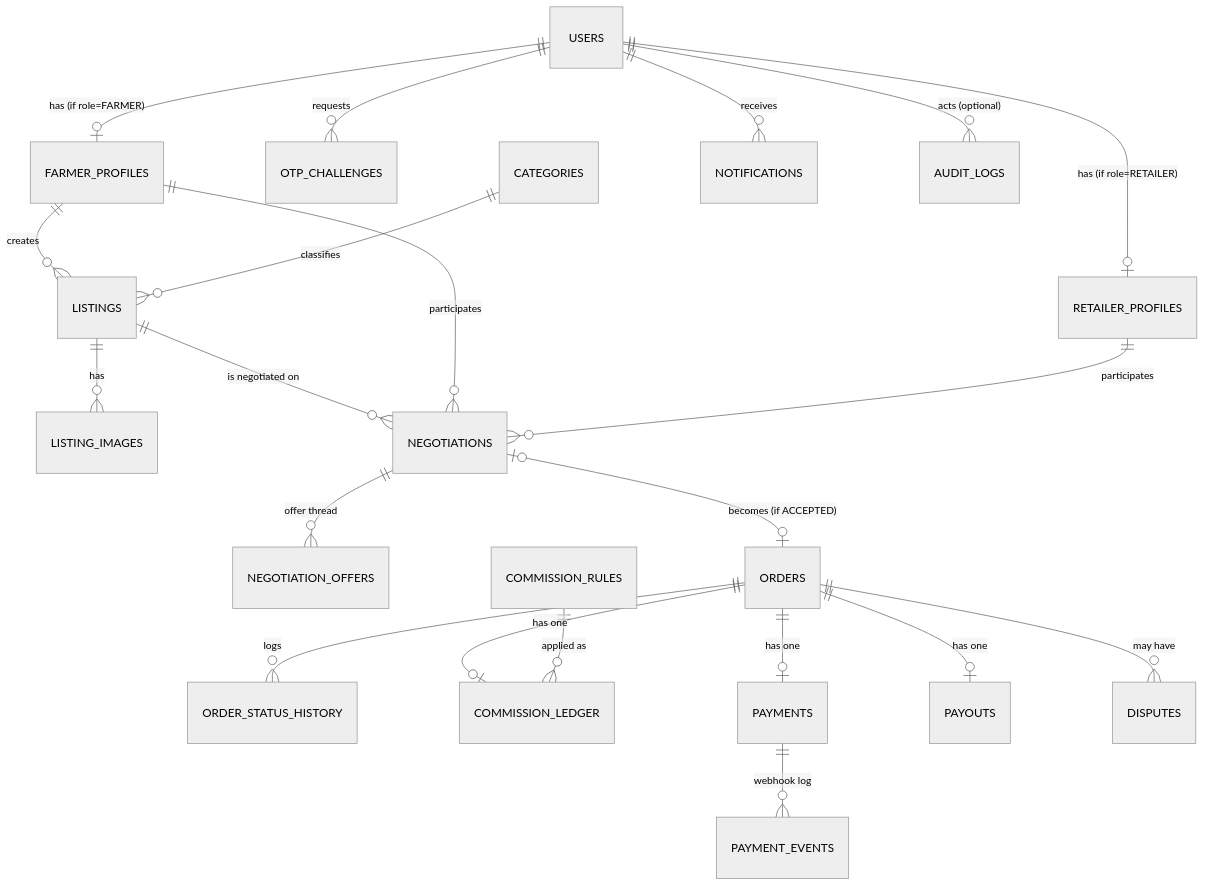
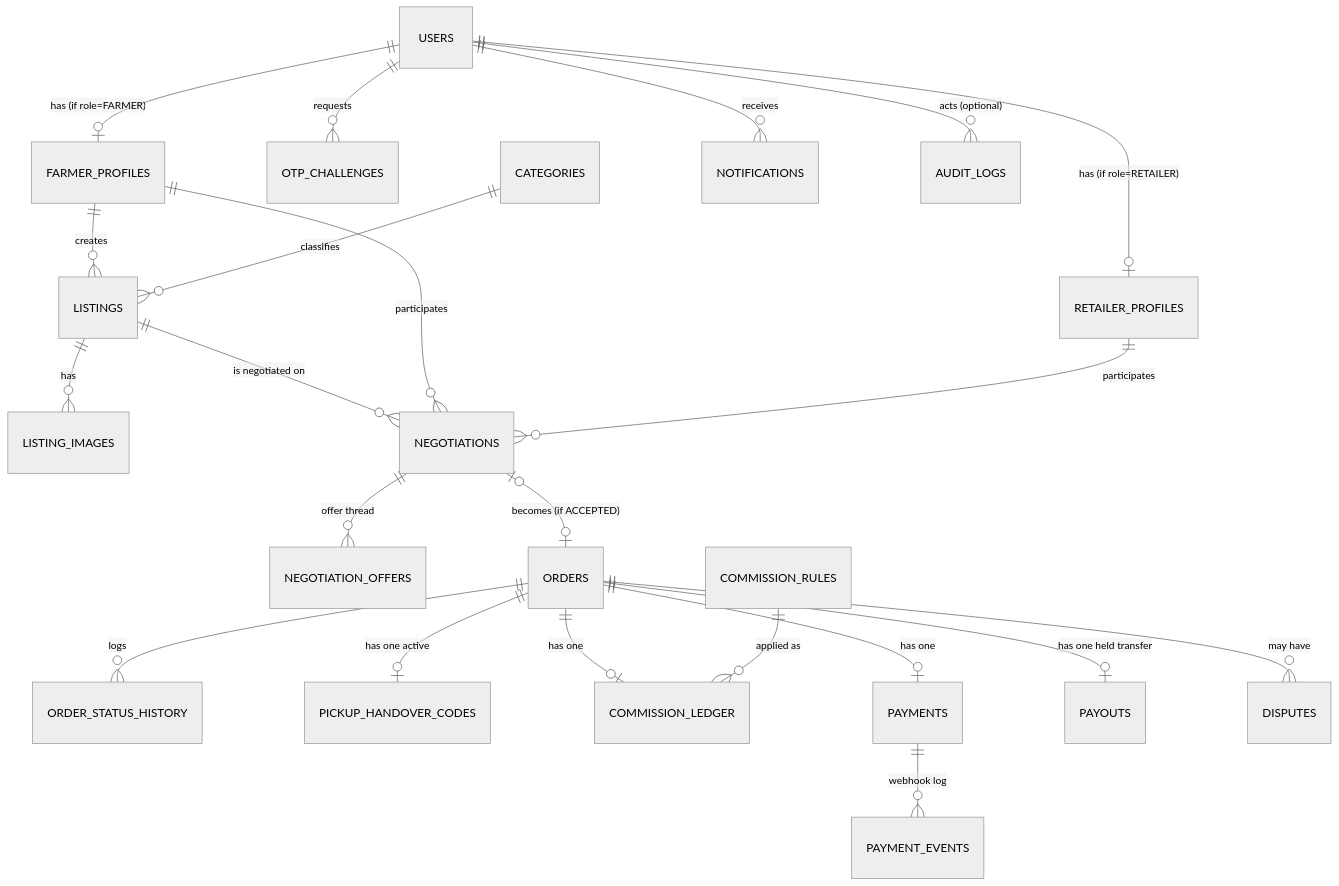
One commit to Riyas07/farmer_to_retailer changed the diagram in docs/erd.md. Above: the diagram before and after it, drawn with Mermaid (neutral theme). The commit also changed other lines of this file and 6 other files, not shown here.

````diff
--- a/docs/erd.md
+++ b/docs/erd.md
@@ -11,27 +11,28 @@
 ```mermaid
 erDiagram
     USERS ||--o| FARMER_PROFILES : "has (if role=FARMER)"
     USERS ||--o| RETAILER_PROFILES : "has (if role=RETAILER)"
     USERS ||--o{ OTP_CHALLENGES : requests
 
     FARMER_PROFILES ||--o{ LISTINGS : creates
     CATEGORIES ||--o{ LISTINGS : classifies
     LISTINGS ||--o{ LISTING_IMAGES : has
     LISTINGS ||--o{ NEGOTIATIONS : "is negotiated on"
 
     FARMER_PROFILES ||--o{ NEGOTIATIONS : participates
     RETAILER_PROFILES ||--o{ NEGOTIATIONS : participates
     NEGOTIATIONS ||--o{ NEGOTIATION_OFFERS : "offer thread"
     NEGOTIATIONS |o--o| ORDERS : "becomes (if ACCEPTED)"
 
     ORDERS ||--o{ ORDER_STATUS_HISTORY : logs
+    ORDERS ||--o| PICKUP_HANDOVER_CODES : "has one active"
     ORDERS ||--o| COMMISSION_LEDGER : "has one"
     COMMISSION_RULES ||--o{ COMMISSION_LEDGER : "applied as"
     ORDERS ||--o| PAYMENTS : "has one"
     PAYMENTS ||--o{ PAYMENT_EVENTS : "webhook log"
-    ORDERS ||--o| PAYOUTS : "has one"
+    ORDERS ||--o| PAYOUTS : "has one held transfer"
     ORDERS ||--o{ DISPUTES : "may have"
 
     USERS ||--o{ NOTIFICATIONS : receives
     USERS ||--o{ AUDIT_LOGS : "acts (optional)"
 ```
````
